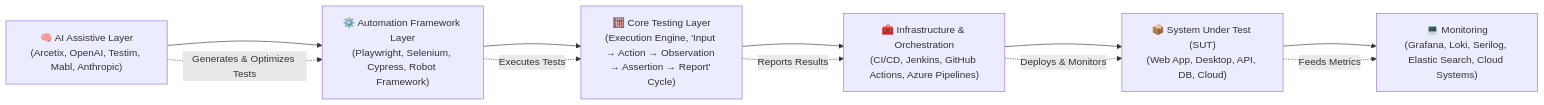
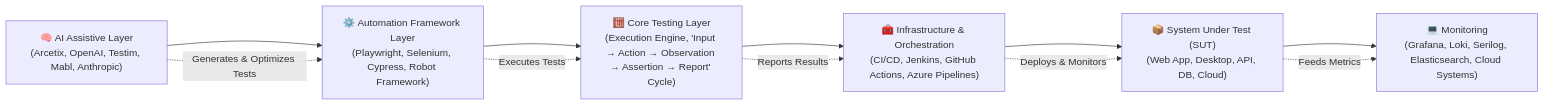
One commit to serhiiyasenev/TaskManager changed the fourth of 4 diagrams in README.md. Above: the diagram before and after it, drawn with Mermaid.

````diff
--- a/README.md
+++ b/README.md
@@ -289,21 +289,21 @@
 ```mermaid
 graph LR
     A["🧠 AI Assistive Layer<br/>(Arcetix, OpenAI, Testim, Mabl, Anthropic)"]
     B["⚙️ Automation Framework Layer<br/>(Playwright, Selenium, Cypress, Robot Framework)"]
     C["🧮 Core Testing Layer<br/>(Execution Engine, 'Input → Action → Observation → Assertion → Report' Cycle)"]
     D["🧰 Infrastructure & Orchestration<br/>(CI/CD, Jenkins, GitHub Actions, Azure Pipelines)"]
     E["📦 System Under Test (SUT)<br/>(Web App, Desktop, API, DB, Cloud)"]
-    F["💻 Monitoring<br/>(Grafana, Loki, Serilog, Elastic Search, Cloud Systems)"]
+    F["💻 Monitoring<br/>(Grafana, Loki, Serilog, Elasticsearch, Cloud Systems)"]
 
     A --> B
     B --> C
     C --> D
     D --> E
     E --> F
 
     A -.->|Generates & Optimizes Tests| B
     B -.->|Executes Tests| C
     C -.->|Reports Results| D
     D -.->|Deploys & Monitors| E
     E -.->|Feeds Metrics| F
 ```
````
